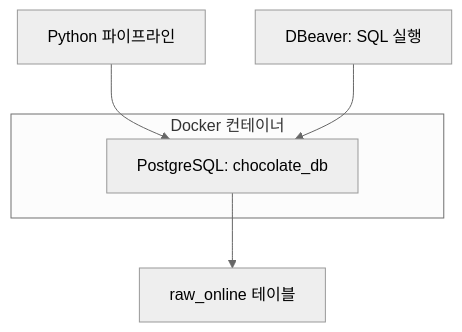
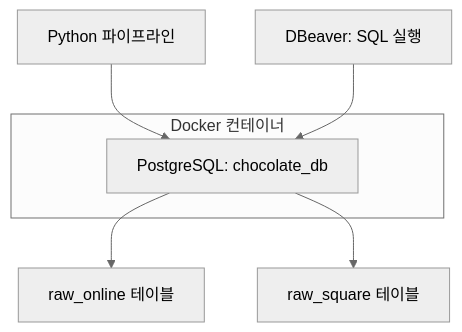
Before and after one commit to smmhk/chocolate-commerce-data-platform: the first of 2 diagrams in docs/phase2-online-postgres-ingestion-ko.md, drawn with Mermaid (neutral theme). The commit also changed other lines of this file, not shown here.

Commit message:
docs: phase2 md file update Square API ingestion and PostgreSQL JSONB loading

````diff
--- a/docs/phase2-online-postgres-ingestion-ko.md
+++ b/docs/phase2-online-postgres-ingestion-ko.md
@@ -68,9 +70,10 @@
 ```mermaid
 flowchart TD
     P["Python 파이프라인"] --> DB["PostgreSQL: chocolate_db"]
     D["DBeaver: SQL 실행"] --> DB
     subgraph C["Docker 컨테이너"]
         DB
     end
     DB --> R["raw_online 테이블"]
+    DB --> S["raw_square 테이블"]
 ```
````
